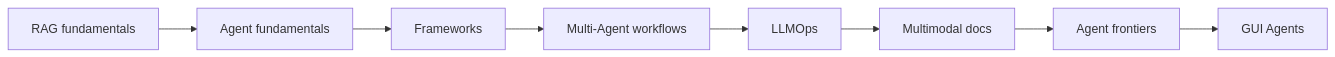
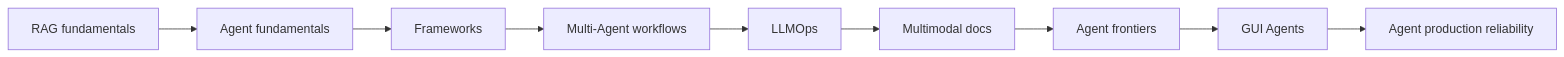
The diagram in README.en.md (kobejiasuoer/awesome-agent-engineering), drawn with Mermaid before and after one commit. The commit also changed other lines of this file and 7 other files, not shown here.

Commit message:
feat(agentops-L09): 毕业整合 Deep Research Agent v3定稿+research-assistant README v3章节+production-reliability.md+根README中英注册课程九 九大方向

````diff
--- a/README.en.md
+++ b/README.en.md
@@ -68,5 +68,5 @@
 ```mermaid
 flowchart LR
     A["RAG fundamentals"] --> B["Agent fundamentals"] --> C["Frameworks"] --> D["Multi-Agent workflows"]
-    D --> E["LLMOps"] --> F["Multimodal docs"] --> G["Agent frontiers"] --> H["GUI Agents"]
+    D --> E["LLMOps"] --> F["Multimodal docs"] --> G["Agent frontiers"] --> H["GUI Agents"] --> I["Agent production reliability"]
 ```
````
